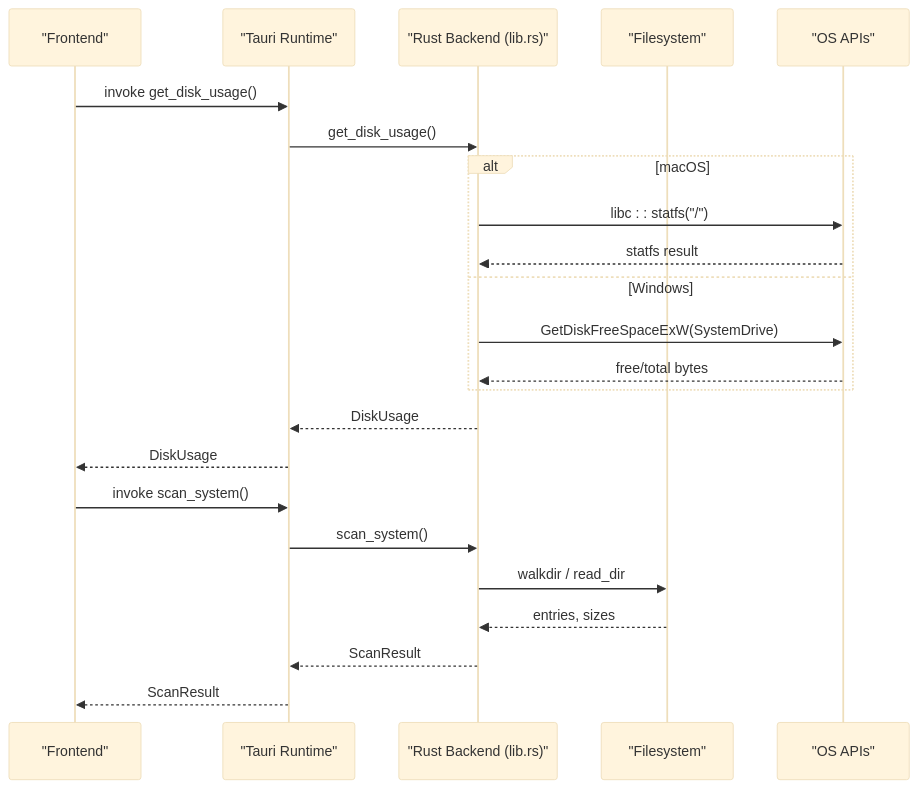
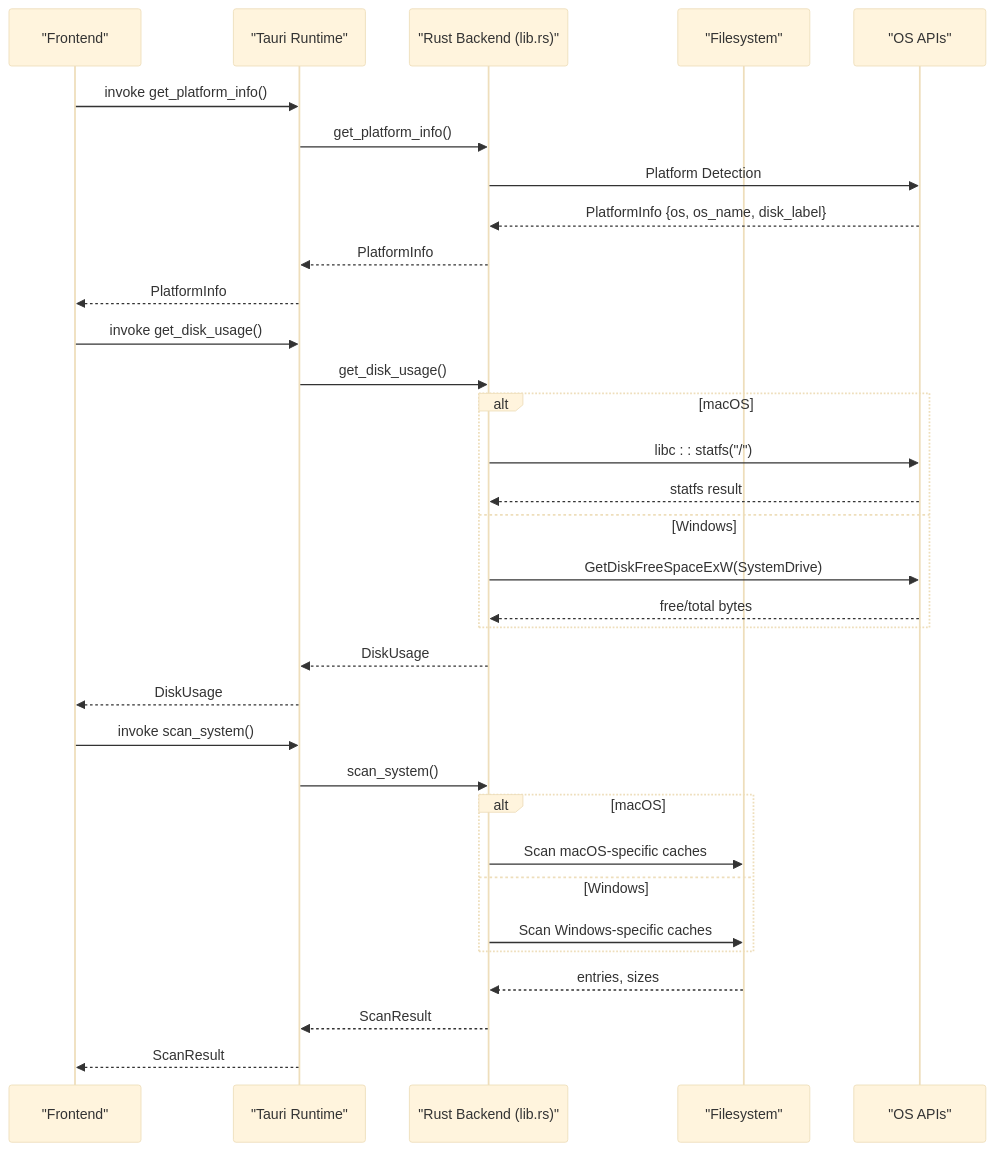
One commit to mrtruongleo/FreeSpaceMacos changed the second of 7 diagrams in .qoder/repowiki/en/content/Platform-Specific Features/Platform-Specific Features.md. Above: the diagram before and after it, drawn with Mermaid (base theme). The commit also changed other lines of this file and 31 other files, not shown here.

````diff
--- a/.qoder/repowiki/en/content/Platform-Specific Features/Platform-Specific Features.md
+++ b/.qoder/repowiki/en/content/Platform-Specific Features/Platform-Specific Features.md
@@ -88,25 +103,35 @@
 ```mermaid
 sequenceDiagram
 participant FE as "Frontend"
 participant TR as "Tauri Runtime"
 participant BE as "Rust Backend (lib.rs)"
 participant FS as "Filesystem"
 participant OS as "OS APIs"
+FE->>TR : invoke get_platform_info()
+TR->>BE : get_platform_info()
+BE->>OS : Platform Detection
+OS-->>BE : PlatformInfo {os, os_name, disk_label}
+BE-->>TR : PlatformInfo
+TR-->>FE : PlatformInfo
 FE->>TR : invoke get_disk_usage()
 TR->>BE : get_disk_usage()
 alt macOS
 BE->>OS : libc : : statfs("/")
 OS-->>BE : statfs result
 else Windows
 BE->>OS : GetDiskFreeSpaceExW(SystemDrive)
 OS-->>BE : free/total bytes
 end
 BE-->>TR : DiskUsage
 TR-->>FE : DiskUsage
 FE->>TR : invoke scan_system()
 TR->>BE : scan_system()
-BE->>FS : walkdir / read_dir
+alt macOS
+BE->>FS : Scan macOS-specific caches
+else Windows
+BE->>FS : Scan Windows-specific caches
+end
 FS-->>BE : entries, sizes
 BE-->>TR : ScanResult
 TR-->>FE : ScanResult
 ```
````
